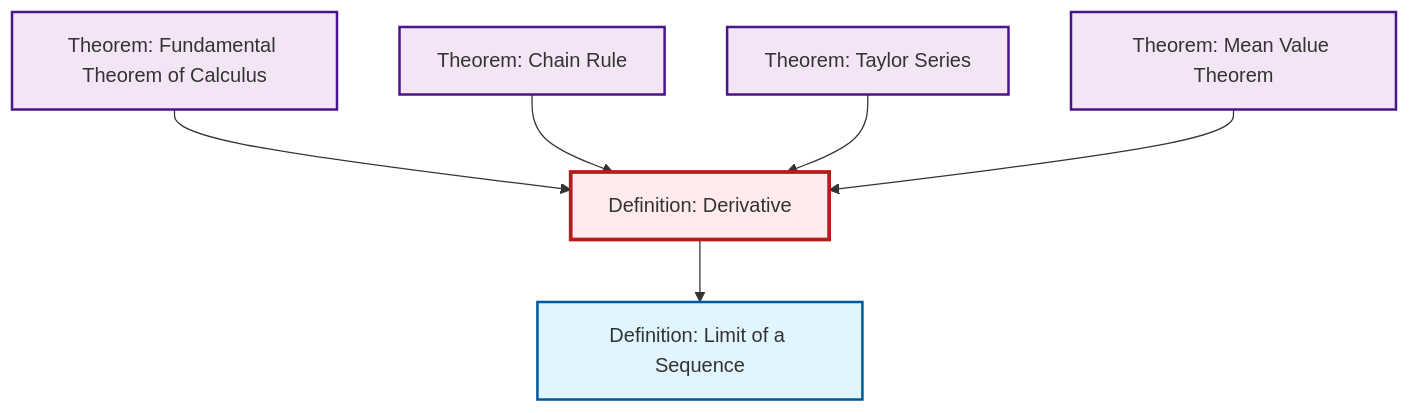
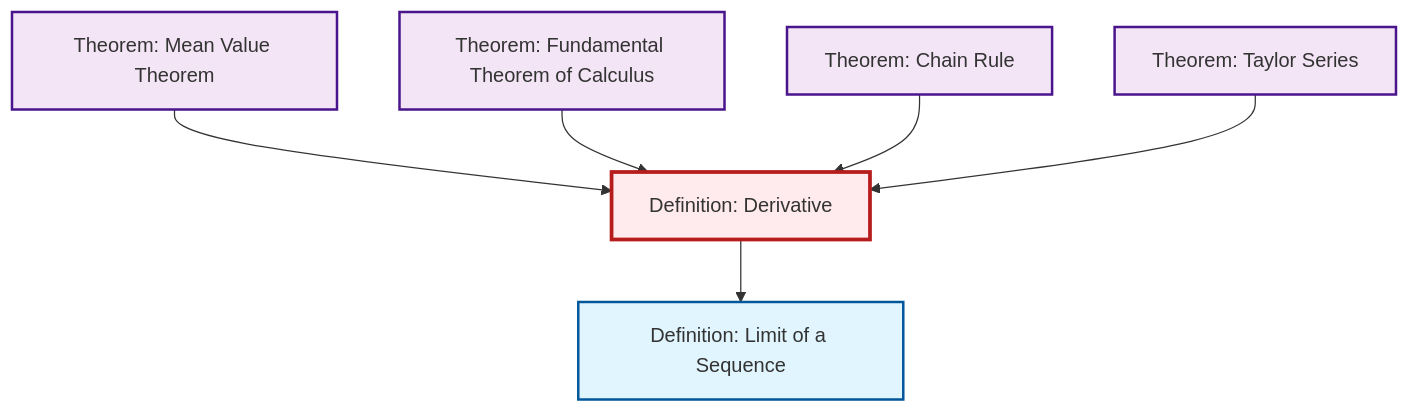
The second of 2 diagrams in content/en/analysis/def-derivative.qmd (RK0429/ModernMath), drawn with Mermaid before and after one commit. The commit also changed other lines of this file and 328 other files, not shown here.

````diff
--- a/content/en/analysis/def-derivative.qmd
+++ b/content/en/analysis/def-derivative.qmd
@@ -88,26 +88,26 @@
 ```{mermaid}
 %%| fig-cap: "Local dependency graph"
 graph TD
     classDef definition fill:#e1f5fe,stroke:#01579b,stroke-width:2px
     classDef theorem fill:#f3e5f5,stroke:#4a148c,stroke-width:2px
     classDef axiom fill:#fff3e0,stroke:#e65100,stroke-width:2px
     classDef example fill:#e8f5e9,stroke:#1b5e20,stroke-width:2px
     classDef current fill:#ffebee,stroke:#b71c1c,stroke-width:3px
+    def-derivative["Definition: Derivative"]:::definition
+    thm-chain-rule["Theorem: Chain Rule"]:::theorem
+    thm-mean-value["Theorem: Mean Value Theorem"]:::theorem
     def-limit["Definition: Limit of a Sequence"]:::definition
-    thm-mean-value["Theorem: Mean Value Theorem"]:::theorem
-    def-derivative["Definition: Derivative"]:::definition
+    thm-taylor-series["Theorem: Taylor Series"]:::theorem
     thm-fundamental-calculus["Theorem: Fundamental Theorem of Calculus"]:::theorem
-    thm-taylor-series["Theorem: Taylor Series"]:::theorem
-    thm-chain-rule["Theorem: Chain Rule"]:::theorem
-    def-derivative --> def-limit
+    thm-mean-value --> def-derivative
     thm-fundamental-calculus --> def-derivative
     thm-chain-rule --> def-derivative
     thm-taylor-series --> def-derivative
-    thm-mean-value --> def-derivative
+    def-derivative --> def-limit
     class def-derivative current
+    click thm-chain-rule "thm-chain-rule.html" "Go to Chain Rule theorem"
+    click thm-mean-value "thm-mean-value.html" "Go to Mean Value Theorem theorem"
     click def-limit "def-limit.html" "Go to Limit of a Sequence definition"
-    click thm-mean-value "thm-mean-value.html" "Go to Mean Value Theorem theorem"
+    click thm-taylor-series "thm-taylor-series.html" "Go to Taylor Series theorem"
     click thm-fundamental-calculus "thm-fundamental-calculus.html" "Go to Fundamental Theorem of Calculus theorem"
-    click thm-taylor-series "thm-taylor-series.html" "Go to Taylor Series theorem"
-    click thm-chain-rule "thm-chain-rule.html" "Go to Chain Rule theorem"
 ```
````
